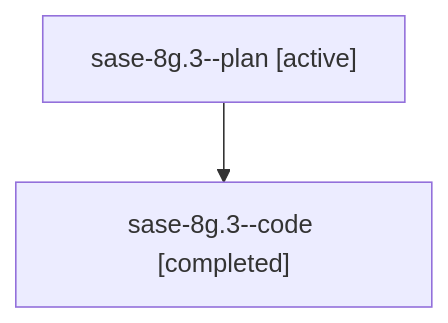
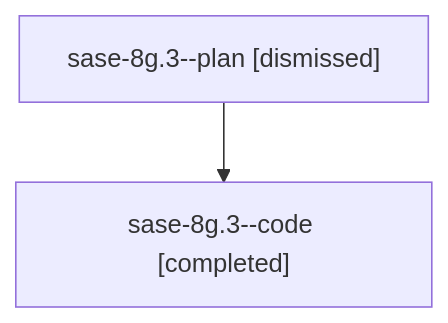
One commit to sase-org/sase--agents changed the diagram in sessions/bbugyi200.athena.sase-8g.3.md. Above: the diagram before and after it, drawn with Mermaid. The commit also changed other lines of this file and 100 other files, not shown here.

````diff
--- a/sessions/bbugyi200.athena.sase-8g.3.md
+++ b/sessions/bbugyi200.athena.sase-8g.3.md
@@ -9,6 +9,6 @@
 ```mermaid
 flowchart TD
-  n0["sase-8g.3--plan [active]"]
+  n0["sase-8g.3--plan [dismissed]"]
   n1["sase-8g.3--code [completed]"]
   n0 --> n1
 ```
````
